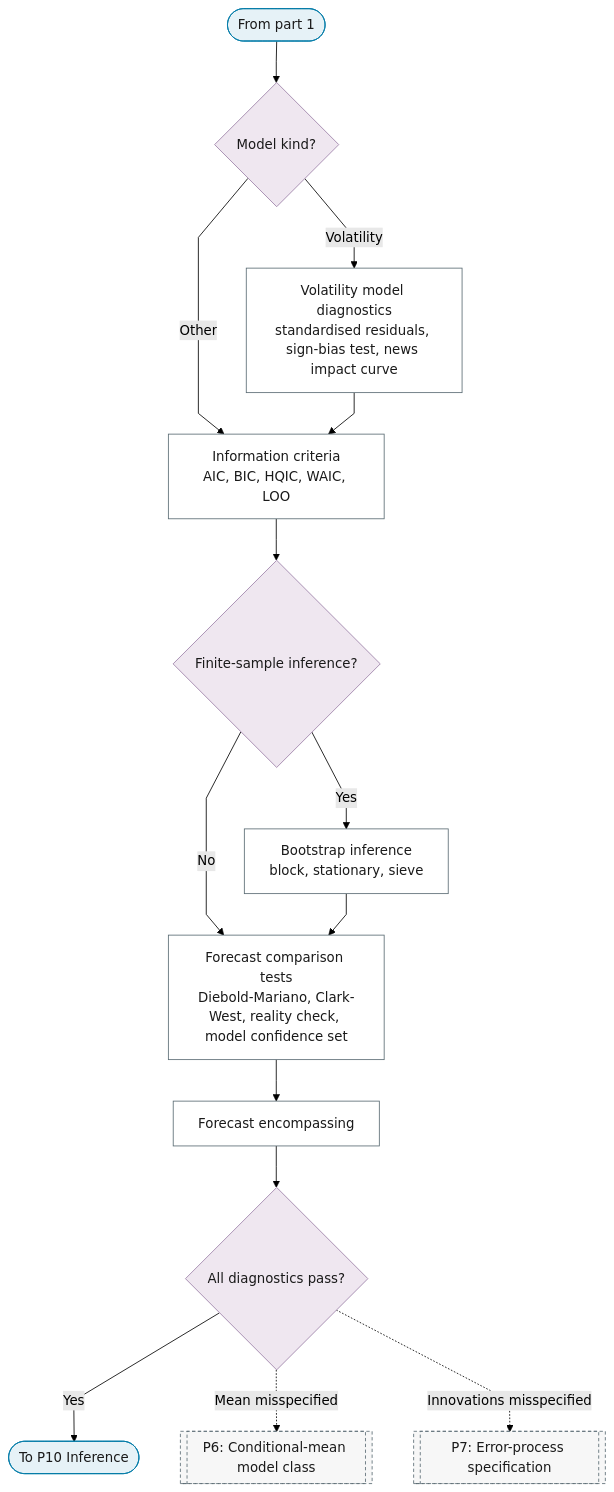
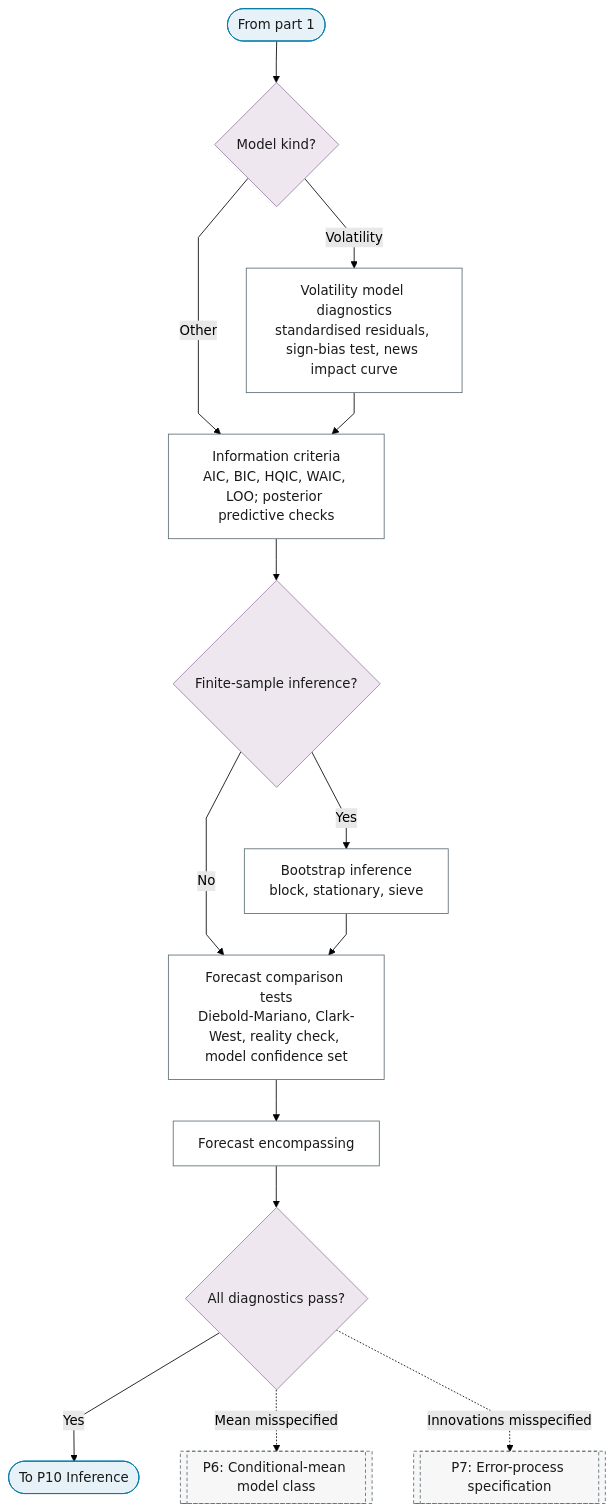
The second of 2 diagrams in docs/01-workflow/p09-diagnostics-selection.md (Shuxin-Y/time-series-analysis-manual), drawn with Mermaid (forest theme) before and after one commit. The commit also changed 19 other files, not shown here.

````diff
--- a/docs/01-workflow/p09-diagnostics-selection.md
+++ b/docs/01-workflow/p09-diagnostics-selection.md
@@ -60,29 +60,29 @@
 ```mermaid
 %%{init: {"flowchart": {"curve": "linear"}}}%%
 graph TD
     P9_PART_2_IN(["From part 1"]) --> P9_MODEL_KIND{"Model kind?"}
     P9_MODEL_KIND -->|"Volatility"| P9_VOLATILITY_DIAGNOSTICS["Volatility model diagnostics<br/>standardised residuals, sign-bias test, news impact curve"]
     P9_MODEL_KIND -->|"Other"| P9_INFORMATION_CRITERIA
-    P9_VOLATILITY_DIAGNOSTICS --> P9_INFORMATION_CRITERIA["Information criteria<br/>AIC, BIC, HQIC, WAIC, LOO"]
+    P9_VOLATILITY_DIAGNOSTICS --> P9_INFORMATION_CRITERIA["Information criteria<br/>AIC, BIC, HQIC, WAIC, LOO; posterior predictive checks"]
     P9_INFORMATION_CRITERIA --> P9_INFERENCE_NEEDED{"Finite-sample inference?"}
     P9_INFERENCE_NEEDED -->|"Yes"| P9_BOOTSTRAP["Bootstrap inference<br/>block, stationary, sieve"]
     P9_INFERENCE_NEEDED -->|"No"| P9_FORECAST_COMPARISON
     P9_BOOTSTRAP --> P9_FORECAST_COMPARISON["Forecast comparison tests<br/>Diebold-Mariano, Clark-West, reality check, model confidence set"]
     P9_FORECAST_COMPARISON --> P9_ENCOMPASSING["Forecast encompassing"]
     P9_ENCOMPASSING --> P9_PASS{"All diagnostics pass?"}
     P9_PASS -->|"Yes"| P9_OUT(["To P10 Inference"])
     P9_PASS -.->|"Mean misspecified"| P6[["P6: Conditional-mean model class"]]
     P9_PASS -.->|"Innovations misspecified"| P7[["P7: Error-process specification"]]
     class P9_PART_2_IN,P9_OUT terminator
     class P9_MODEL_KIND,P9_INFERENCE_NEEDED,P9_PASS decision
     class P9_VOLATILITY_DIAGNOSTICS,P9_INFORMATION_CRITERIA,P9_BOOTSTRAP,P9_FORECAST_COMPARISON,P9_ENCOMPASSING process
     class P6,P7 ref
     classDef terminator fill:#E6F2F7,stroke:#007BA7,color:#1A1A1A;
     classDef process fill:#FFFFFF,stroke:#5A6B73,color:#1A1A1A;
     classDef decision fill:#EFE7F0,stroke:#9B7FA7,color:#1A1A1A;
     classDef data fill:#FFF4E0,stroke:#C9A55E,color:#1A1A1A;
     classDef good fill:#DCEFD8,stroke:#4A7A3F,color:#1A1A1A;
     classDef escalate fill:#FFE9C2,stroke:#C9A55E,color:#1A1A1A;
     classDef problem fill:#F2D9DE,stroke:#800020,color:#1A1A1A;
     classDef ref fill:#F7F7F7,stroke:#5A6B73,color:#1A1A1A,stroke-dasharray:4 3;
 ```
````
